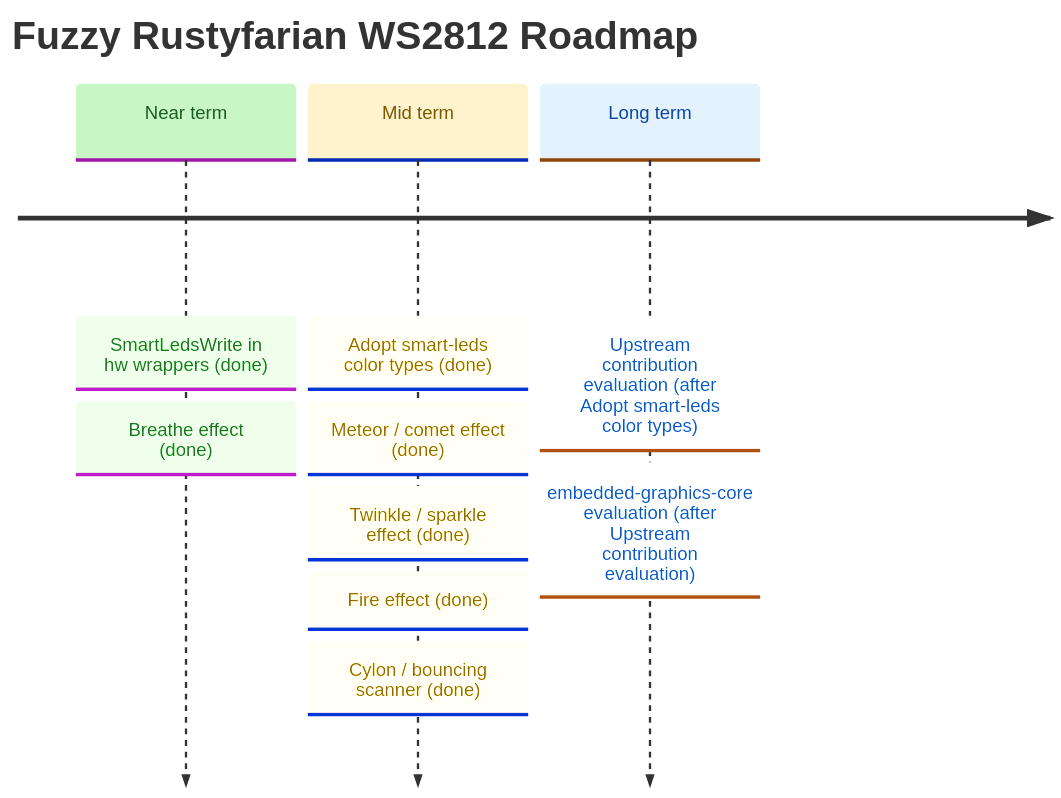
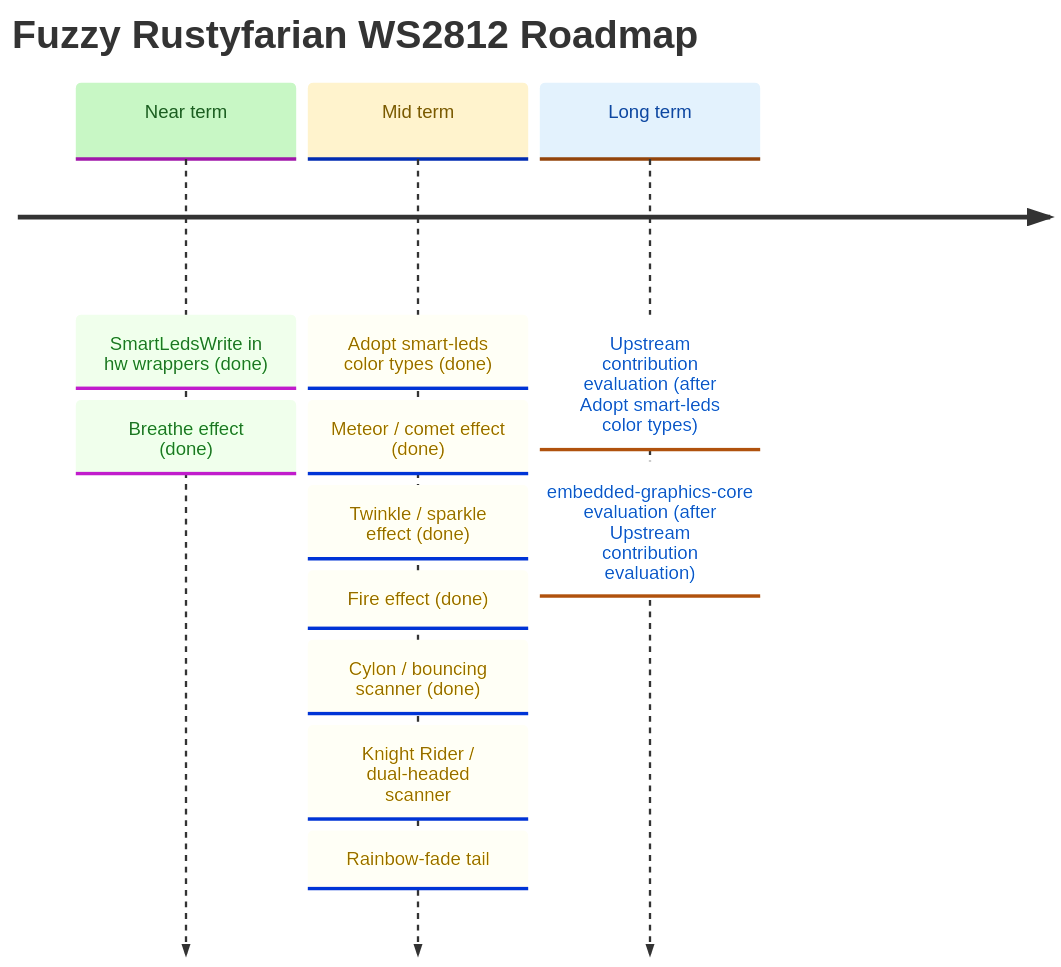
Before and after one commit to datenkollektiv/rustyfarian-ws2812: the diagram in docs/ROADMAP.md, drawn with Mermaid. The commit also changed 9 other files, not shown here.

Commit message:
Add `KnightRiderEffect`

````diff
--- a/docs/ROADMAP.md
+++ b/docs/ROADMAP.md
@@ -10,28 +10,30 @@
 ```mermaid
 %%{init: {
   "theme": "base",
   "themeVariables": {
     "cScale0": "#c8f7c5",
     "cScaleLabel0": "#1b5e20",
     "cScale1": "#fff3cd",
     "cScaleLabel1": "#7a5a00",
     "cScale2": "#e3f2fd",
     "cScaleLabel2": "#0d47a1"
   }
 }}%%
 
 timeline
     title Fuzzy Rustyfarian WS2812 Roadmap
 
     Near term : SmartLedsWrite in hw wrappers (done)
               : Breathe effect (done)
 
     Mid term  : Adopt smart-leds color types (done)
               : Meteor / comet effect (done)
               : Twinkle / sparkle effect (done)
               : Fire effect (done)
               : Cylon / bouncing scanner (done)
+              : Knight Rider / dual-headed scanner
+              : Rainbow-fade tail
 
     Long term : Upstream contribution evaluation (after Adopt smart-leds color types)
               : embedded-graphics-core evaluation (after Upstream contribution evaluation)
 ```
````
